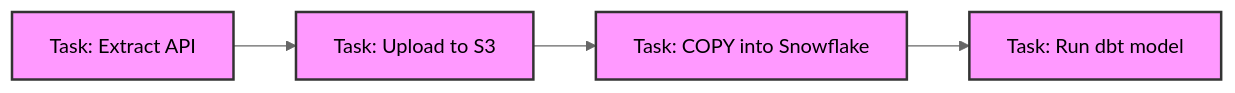
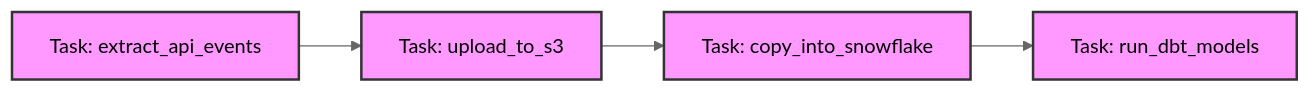
The first of 2 diagrams in src/content/docs/concepts/7-dataops-orchestration-quality/software-defined-assets.md (kythuatdulieu/kythuatdulieu.github.io), drawn with Mermaid (neutral theme) before and after one commit. The commit also changed other lines of this file and 213 other files, not shown here.

Commit message:
Fix syntax and rewrite 200+ concepts docs to deep-dive system architecture and add GA4 tracking to quiz app

````diff
--- a/src/content/docs/concepts/7-dataops-orchestration-quality/software-defined-assets.md
+++ b/src/content/docs/concepts/7-dataops-orchestration-quality/software-defined-assets.md
@@ -24,11 +27,11 @@
 ```mermaid
 graph LR
-    A["Task: Extract API"] --> B["Task: Upload to S3"]
-    B --> C["Task: COPY into Snowflake"]
-    C --> D["Task: Run dbt model"]
+    A["Task: extract_api_events"] --> B["Task: upload_to_s3"]
+    B --> C["Task: copy_into_snowflake"]
+    C --> D["Task: run_dbt_models"]
     
     style A fill:#f9f,stroke:#333,stroke-width:2px
     style B fill:#f9f,stroke:#333,stroke-width:2px
     style C fill:#f9f,stroke:#333,stroke-width:2px
     style D fill:#f9f,stroke:#333,stroke-width:2px
 ```
````
